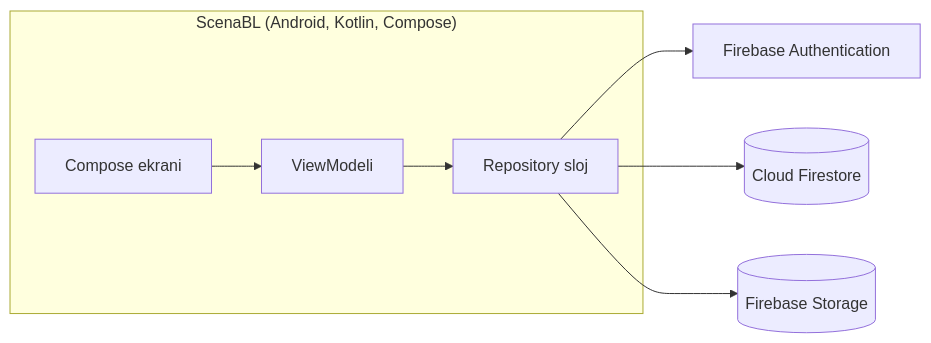
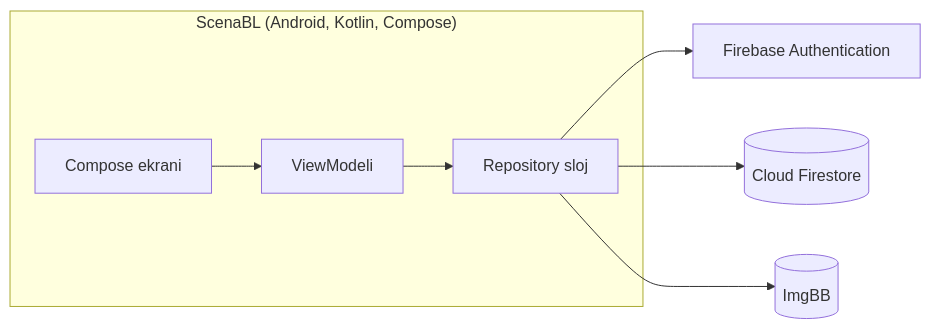
Before and after one commit to BorisPetkovic70/Development-of-mobile-Application---ScenaBL: the first of 2 diagrams in app/ai-context/ScenaBL_Improved_SRS.md, drawn with Mermaid. The commit also changed other lines of this file and 9 other files, not shown here.

First line of the commit message:
Phase 1: project foundation (Firebase Auth/Firestore, ImgBB, MVVM/DI skeleton)

````diff
--- a/app/ai-context/ScenaBL_Improved_SRS.md
+++ b/app/ai-context/ScenaBL_Improved_SRS.md
@@ -76,10 +80,10 @@
 ```mermaid
 flowchart LR
     subgraph Android["ScenaBL (Android, Kotlin, Compose)"]
         UI[Compose ekrani] --> VM[ViewModeli]
         VM --> REPO[Repository sloj]
     end
     REPO --> AUTH[Firebase Authentication]
     REPO --> FS[(Cloud Firestore)]
-    REPO --> STORAGE[(Firebase Storage)]
+    REPO --> STORAGE[(ImgBB)]
 ```
````
